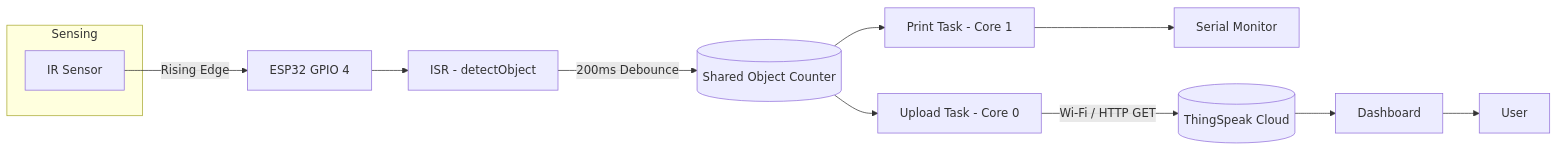
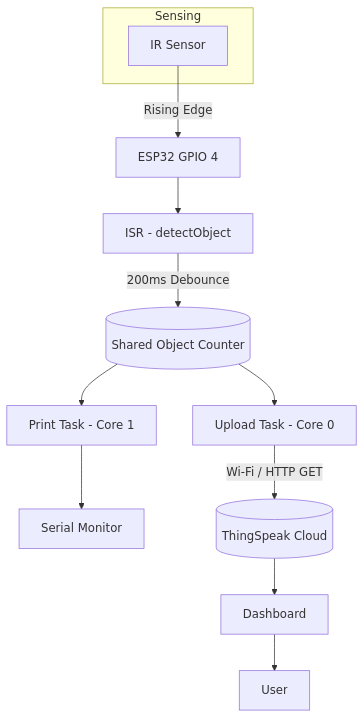
One commit to AkshitMathur/FreeRTOS_Interrupt_To_Task_Communication_Using_ESP32_Microcontroller changed the diagram in README.md. Above: the diagram before and after it, drawn with Mermaid.

````diff
--- a/README.md
+++ b/README.md
@@ -33,16 +33,16 @@
 ```mermaid
-flowchart LR
+flowchart TD
     subgraph Sensing
         A[IR Sensor]
     end
 
     A -->|Rising Edge| B[ESP32 GPIO 4]
     B --> C[ISR - detectObject]
     C -->|200ms Debounce| D[(Shared Object Counter)]
     D --> E[Print Task - Core 1]
     D --> F[Upload Task - Core 0]
     E --> G[Serial Monitor]
     F -- Wi-Fi / HTTP GET --> H[(ThingSpeak Cloud)]
     H --> I[Dashboard]
     I --> J[User]
 ```
````
